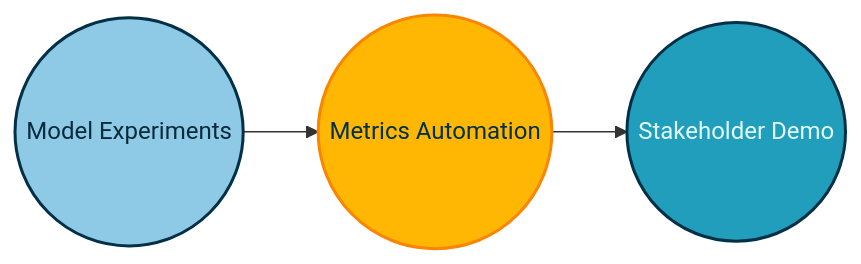
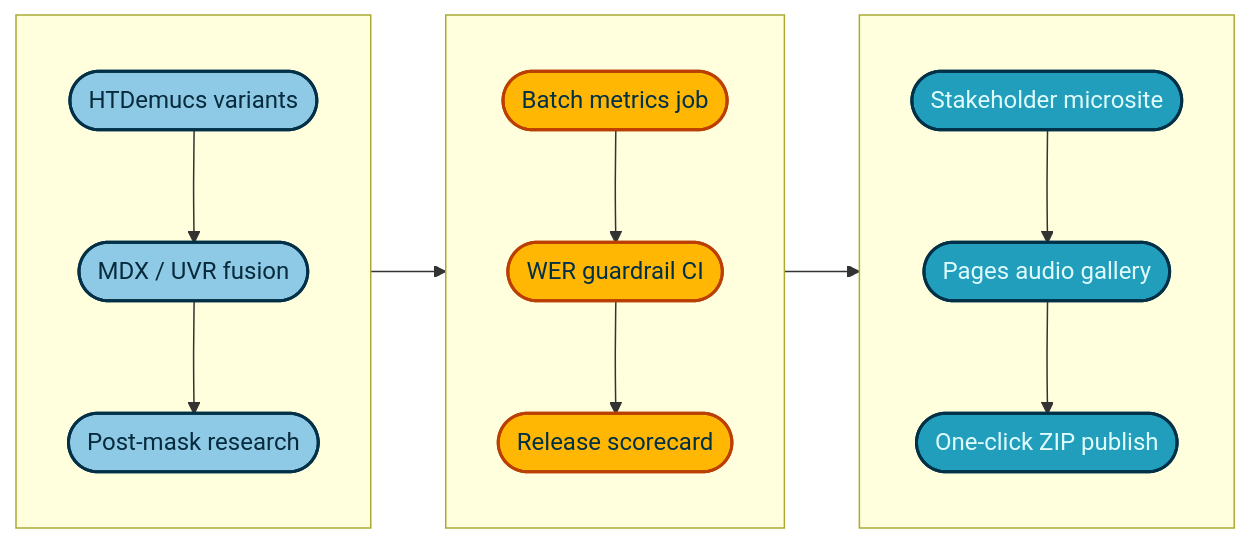
The diagram in README.md (ismailsakci-coop/sep), drawn with Mermaid before and after one commit.

Commit message:
Style roadmap with advanced Mermaid

````diff
--- a/README.md
+++ b/README.md
@@ -126,11 +126,32 @@
 ```mermaid
-graph LR
-  A((Model Experiments)):::node --> B((Metrics Automation)):::node --> C((Stakeholder Demo)):::node
+flowchart LR
+  subgraph EXPERIMENTS[ ]
+    direction TB
+    A1(["HTDemucs variants"]):::experiment
+    A2(["MDX / UVR fusion"]):::experiment
+    A3(["Post-mask research"]):::experiment
+    A1 --> A2 --> A3
+  end
 
-  classDef node fill:#8ecae6,stroke:#023047,color:#072b3d,stroke-width:2px; 
-  classDef node2 fill:#ffb703,stroke:#fb8500,color:#023047,stroke-width:2px;
-  classDef node3 fill:#219ebc,stroke:#023047,color:#e0fbfc,stroke-width:2px;
-  class A node;
-  class B node2;
-  class C node3;
+  subgraph AUTOMATION[ ]
+    direction TB
+    B1(["Batch metrics job"]):::auto
+    B2(["WER guardrail CI"]):::auto
+    B3(["Release scorecard"]):::auto
+    B1 --> B2 --> B3
+  end
+
+  subgraph DELIVERY[ ]
+    direction TB
+    C1(["Stakeholder microsite"]):::delivery
+    C2(["Pages audio gallery"]):::delivery
+    C3(["One-click ZIP publish"]):::delivery
+    C1 --> C2 --> C3
+  end
+
+  EXPERIMENTS --> AUTOMATION --> DELIVERY
+
+  classDef experiment fill:#8ecae6,stroke:#023047,color:#072b3d,stroke-width:2px;
+  classDef auto fill:#ffb703,stroke:#bb3e03,color:#023047,stroke-width:2px;
+  classDef delivery fill:#219ebc,stroke:#023047,color:#e0fbfc,stroke-width:2px;
 ```
````
